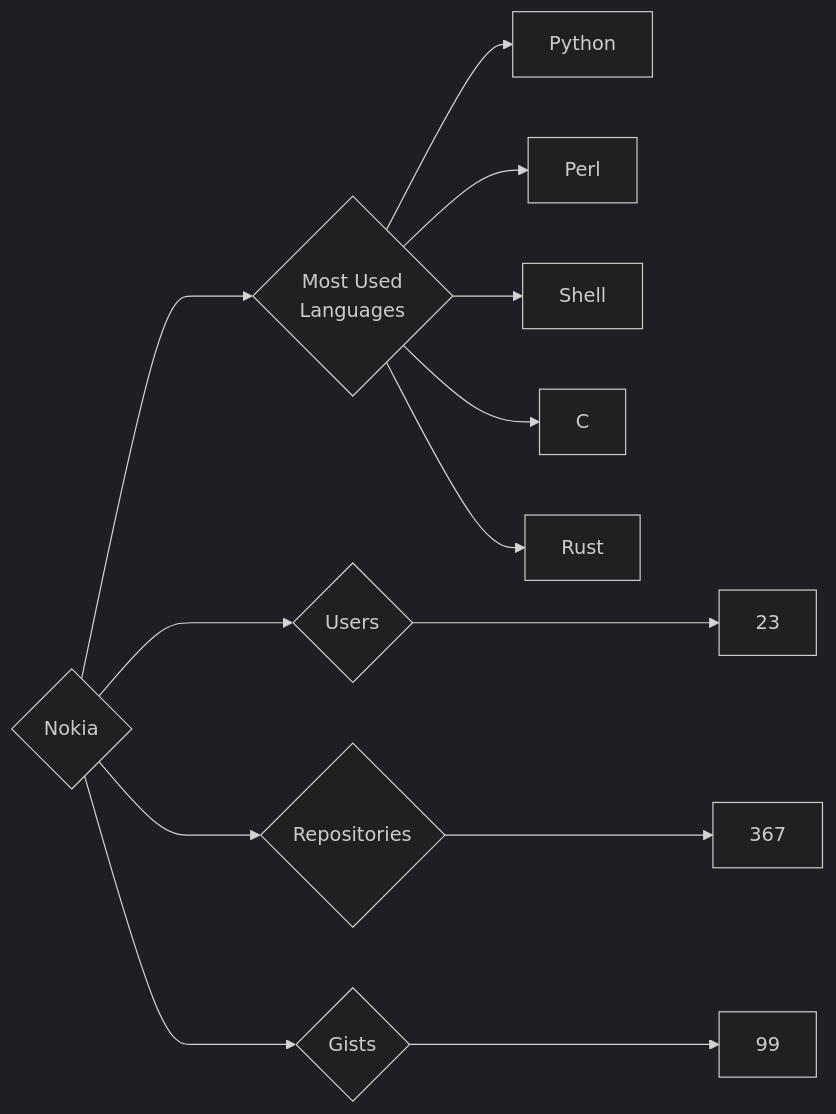
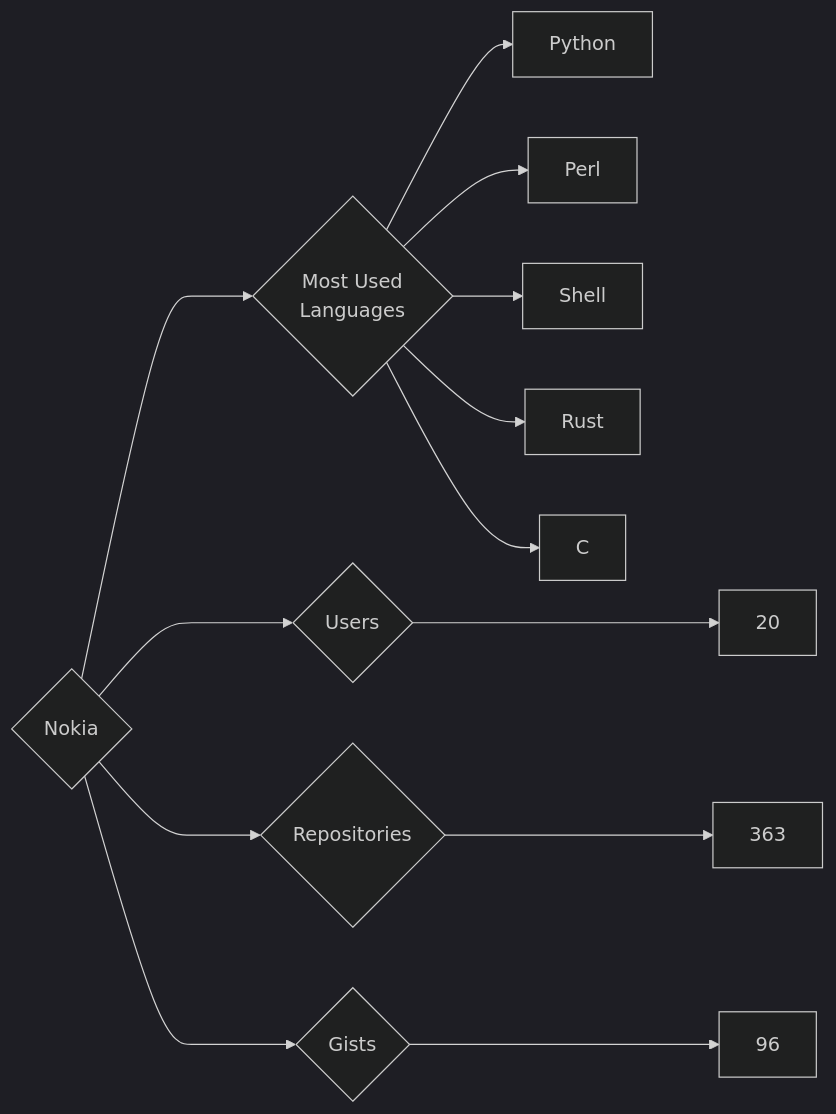
The diagram in targets/Nokia/README.md (trickest/insiders), drawn with Mermaid (dark theme) before and after one commit. The commit also changed 1484 other files, not shown here.

````diff
--- a/targets/Nokia/README.md
+++ b/targets/Nokia/README.md
@@ -3,13 +3,13 @@
 ```mermaid
 graph LR
 COMPANY_NAME{Nokia}
-COMPANY_NAME ---> U{Users} ---> UN[23]
-COMPANY_NAME ---> R{Repositories} ---> RN[367]
-COMPANY_NAME ---> G{Gists} ---> GN[99]
+COMPANY_NAME ---> U{Users} ---> UN[20]
+COMPANY_NAME ---> R{Repositories} ---> RN[363]
+COMPANY_NAME ---> G{Gists} ---> GN[96]
 COMPANY_NAME ---> ML{Most Used<br>Languages}
 ML --> Python[Python]
 ML --> Perl[Perl]
 ML --> Shell[Shell]
+ML --> Rust[Rust]
 ML --> C[C]
-ML --> Rust[Rust]
 ```
````
